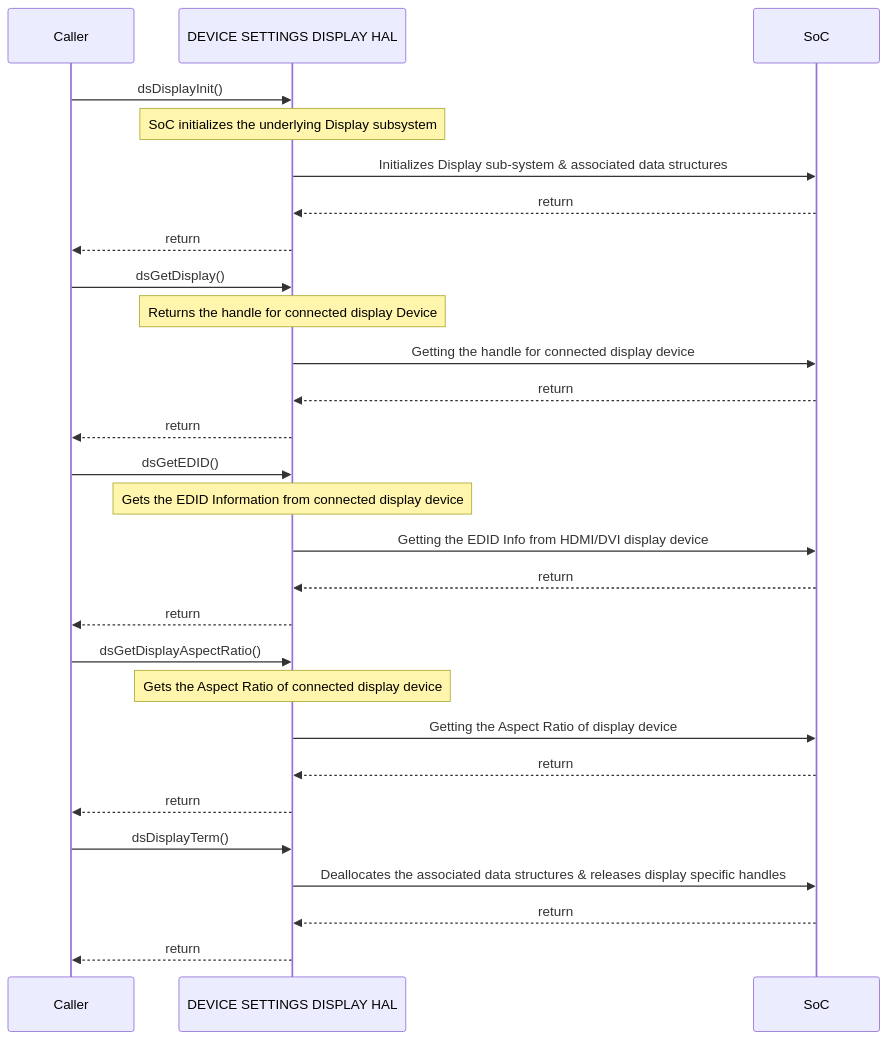
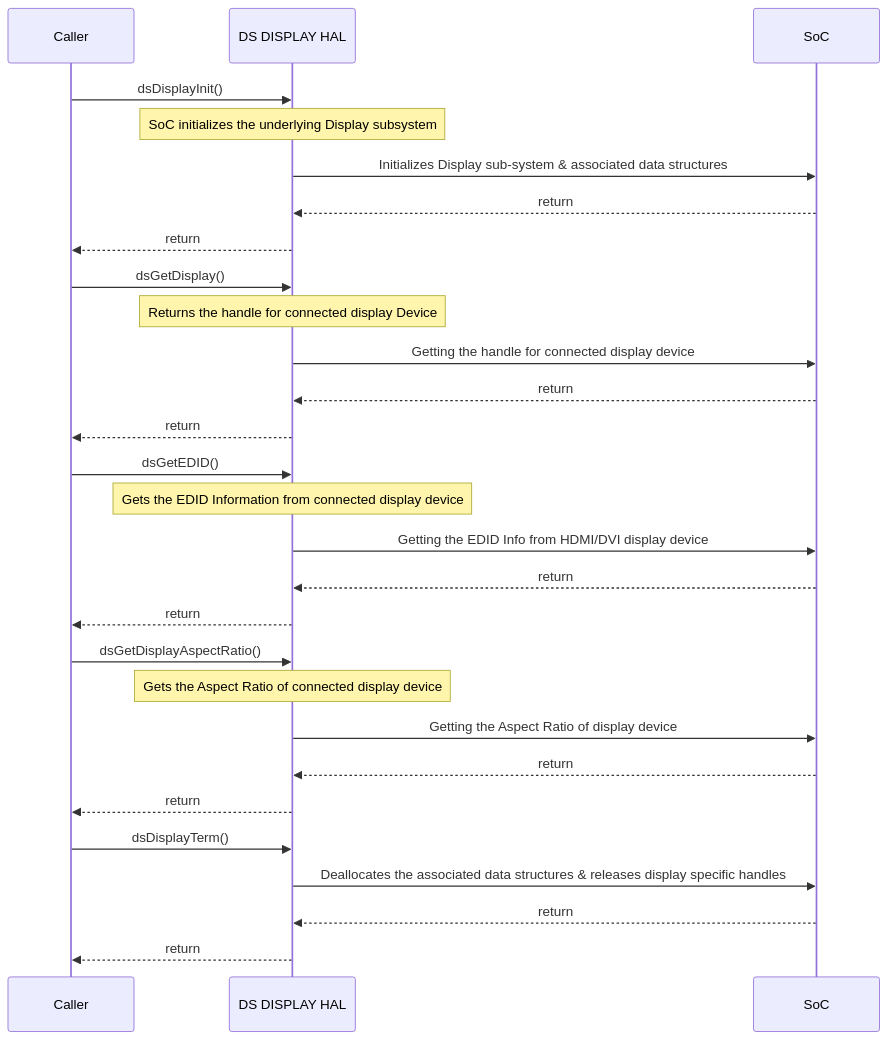
One commit to rdkcentral/rdk-halif-device_settings changed the second of 2 diagrams in docs/pages/ds-display_halSpec.md. Above: the diagram before and after it, drawn with Mermaid. The commit also changed other lines of this file, not shown here.

````diff
--- a/docs/pages/ds-display_halSpec.md
+++ b/docs/pages/ds-display_halSpec.md
@@ -164,31 +164,31 @@
 ```mermaid
 %%{ init : { "theme" : "default", "flowchart" : { "curve" : "stepBefore" }}}%%
    sequenceDiagram
     participant Caller as Caller
-    participant HAL as DEVICE SETTINGS DISPLAY HAL
+    participant HAL as DS DISPLAY HAL
     participant Driver as SoC
     Caller->>HAL:dsDisplayInit()
     Note over HAL: SoC initializes the underlying Display subsystem 
     HAL->>Driver:Initializes Display sub-system & associated data structures
     Driver-->>HAL:return
     HAL-->>Caller:return
     Caller->>HAL:dsGetDisplay()
     Note over HAL: Returns the handle for connected display Device 
     HAL->>Driver:Getting the handle for connected display device
     Driver-->>HAL:return
     HAL-->>Caller:return
     Caller->>HAL:dsGetEDID()
     Note over HAL: Gets the EDID Information from connected display device
     HAL->>Driver:Getting the EDID Info from HDMI/DVI display device
     Driver-->>HAL:return
     HAL-->>Caller:return
     Caller->>HAL:dsGetDisplayAspectRatio()
     Note over HAL: Gets the Aspect Ratio of connected display device 
     HAL->>Driver:Getting the Aspect Ratio of display device
     Driver-->>HAL:return
     HAL-->>Caller:return
     Caller ->>HAL:dsDisplayTerm()
     HAL->>Driver:Deallocates the associated data structures & releases display specific handles
     Driver-->>HAL:return
     HAL-->>Caller:return
  ```
````
